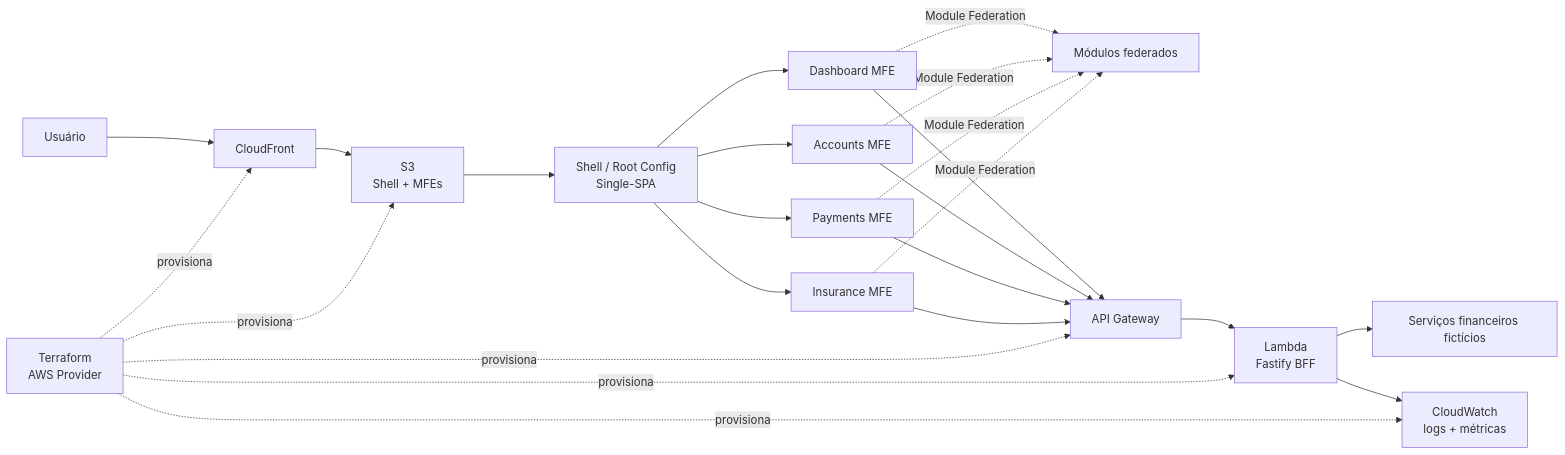
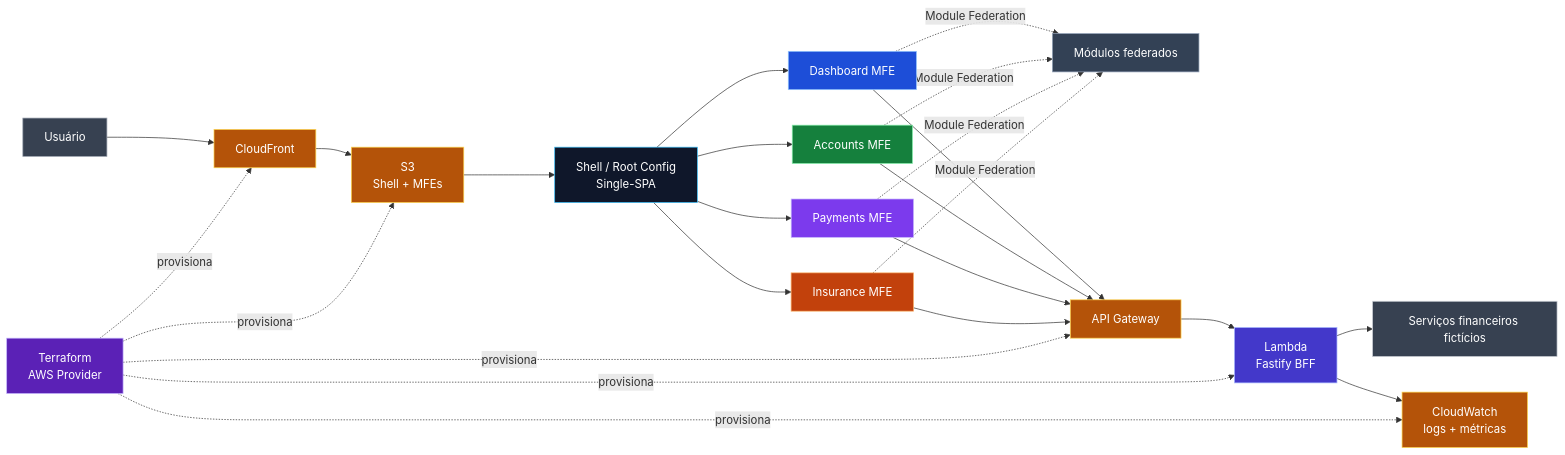
One commit to Joseafs/financial-mfe-hub changed the second of 3 diagrams in README.md. Above: the diagram before and after it, drawn with Mermaid. The commit also changed other lines of this file, not shown here.

````diff
--- a/README.md
+++ b/README.md
@@ -74,31 +104,55 @@
 ```mermaid
 flowchart LR
   User["Usuário"] --> CDN["CloudFront"]
   CDN --> Static["S3\nShell + MFEs"]
   Static --> Shell["Shell / Root Config\nSingle-SPA"]
 
   Shell --> Dashboard["Dashboard MFE"]
   Shell --> Accounts["Accounts MFE"]
   Shell --> Payments["Payments MFE"]
   Shell --> Insurance["Insurance MFE"]
 
   Dashboard -. "Module Federation" .-> Shared["Módulos federados"]
   Accounts -. "Module Federation" .-> Shared
   Payments -. "Module Federation" .-> Shared
   Insurance -. "Module Federation" .-> Shared
 
   Dashboard --> API["API Gateway"]
   Accounts --> API
   Payments --> API
   Insurance --> API
 
   API --> BFF["Lambda\nFastify BFF"]
   BFF --> Services["Serviços financeiros fictícios"]
   BFF --> Observability["CloudWatch\nlogs + métricas"]
 
   Terraform["Terraform\nAWS Provider"] -. "provisiona" .-> CDN
   Terraform -. "provisiona" .-> Static
   Terraform -. "provisiona" .-> API
   Terraform -. "provisiona" .-> BFF
   Terraform -. "provisiona" .-> Observability
+
+  classDef user fill:#374151,stroke:#9CA3AF,color:#FFFFFF;
+  classDef aws fill:#B45309,stroke:#FCD34D,color:#FFFFFF;
+  classDef shell fill:#0F172A,stroke:#38BDF8,color:#FFFFFF;
+  classDef dashboard fill:#1D4ED8,stroke:#93C5FD,color:#FFFFFF;
+  classDef accounts fill:#15803D,stroke:#86EFAC,color:#FFFFFF;
+  classDef payments fill:#7C3AED,stroke:#C4B5FD,color:#FFFFFF;
+  classDef insurance fill:#C2410C,stroke:#FDBA74,color:#FFFFFF;
+  classDef shared fill:#334155,stroke:#94A3B8,color:#FFFFFF;
+  classDef bff fill:#4338CA,stroke:#A5B4FC,color:#FFFFFF;
+  classDef services fill:#374151,stroke:#D1D5DB,color:#FFFFFF;
+  classDef terraform fill:#5B21B6,stroke:#C4B5FD,color:#FFFFFF;
+
+  class User user;
+  class CDN,Static,API,Observability aws;
+  class Shell shell;
+  class Dashboard dashboard;
+  class Accounts accounts;
+  class Payments payments;
+  class Insurance insurance;
+  class Shared shared;
+  class BFF bff;
+  class Services services;
+  class Terraform terraform;
 ```
````
